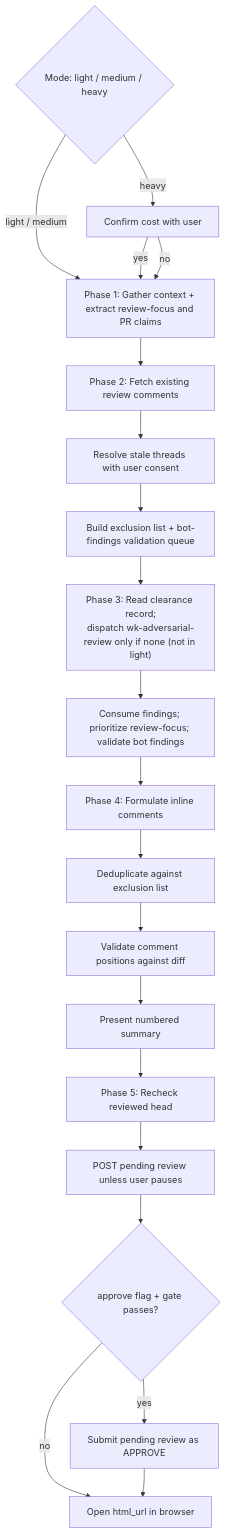
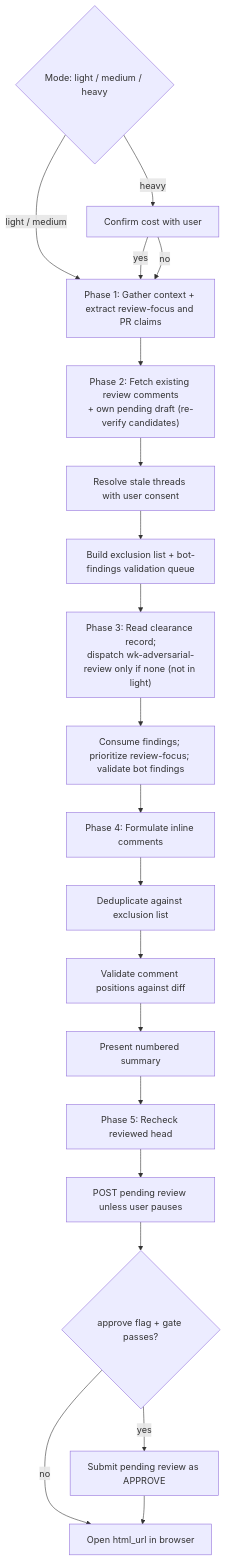
The diagram in skills/pr-review/README.md (whizzzkid/skills), drawn with Mermaid before and after one commit. The commit also changed other lines of this file and 4 other files, not shown here.

First line of the commit message:
feat(pr-review): 🛡️ a leftover own pending draft is re-verified, not trusted

````diff
--- a/skills/pr-review/README.md
+++ b/skills/pr-review/README.md
@@ -43,22 +43,22 @@
 ```mermaid
 flowchart TD
     M{"Mode: light / medium / heavy"} -->|heavy| Q[Confirm cost with user]
     M -->|light / medium| A
     Q -->|yes| A
     Q -->|no| A
-    A[Phase 1: Gather context + extract review-focus and PR claims] --> B[Phase 2: Fetch existing review comments]
+    A[Phase 1: Gather context + extract review-focus and PR claims] --> B["Phase 2: Fetch existing review comments<br/>+ own pending draft (re-verify candidates)"]
     B --> C[Resolve stale threads with user consent]
     C --> D[Build exclusion list + bot-findings validation queue]
     D --> E["Phase 3: Read clearance record;<br/>dispatch wk-adversarial-review only if none (not in light)"]
     E --> F[Consume findings; prioritize review-focus; validate bot findings]
     F --> G[Phase 4: Formulate inline comments]
     G --> H[Deduplicate against exclusion list]
     H --> I[Validate comment positions against diff]
     I --> J[Present numbered summary]
     J --> K["Phase 5: Recheck reviewed head"]
     K --> L[POST pending review unless user pauses]
     L --> N{"approve flag + gate passes?"}
     N -->|yes| P[Submit pending review as APPROVE]
     N -->|no| O[Open html_url in browser]
     P --> O
 ```
````
